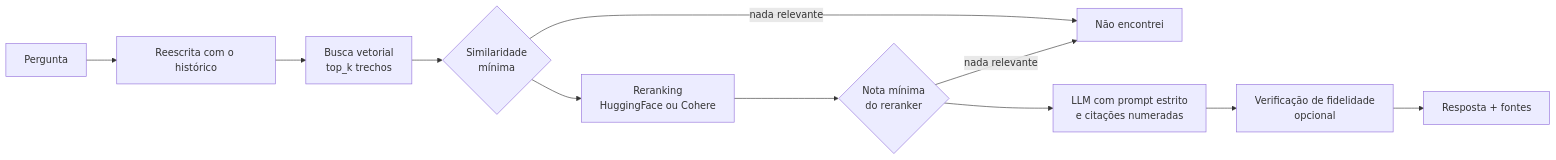
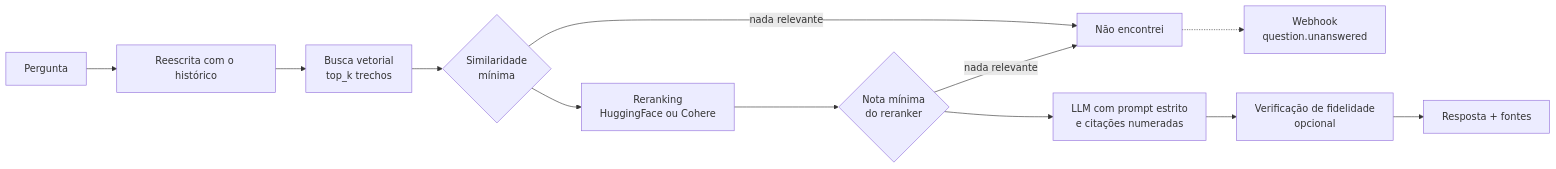
The first of 2 diagrams in README.md (ravelroot/Retrieval-Augmented-QA-System), drawn with Mermaid before and after one commit. The commit also changed other lines of this file and 59 other files, not shown here.

````diff
--- a/README.md
+++ b/README.md
@@ -40,13 +57,14 @@
 ```mermaid
 flowchart LR
     P[Pergunta] --> C[Reescrita com o histórico]
     C --> B[Busca vetorial<br/>top_k trechos]
     B --> S{Similaridade<br/>mínima}
     S -- nada relevante --> N[Não encontrei]
     S --> R[Reranking<br/>HuggingFace ou Cohere]
     R --> T{Nota mínima<br/>do reranker}
     T -- nada relevante --> N
     T --> L[LLM com prompt estrito<br/>e citações numeradas]
     L --> V[Verificação de fidelidade<br/>opcional]
     V --> A[Resposta + fontes]
+    N -.-> W[Webhook<br/>question.unanswered]
 ```
````
